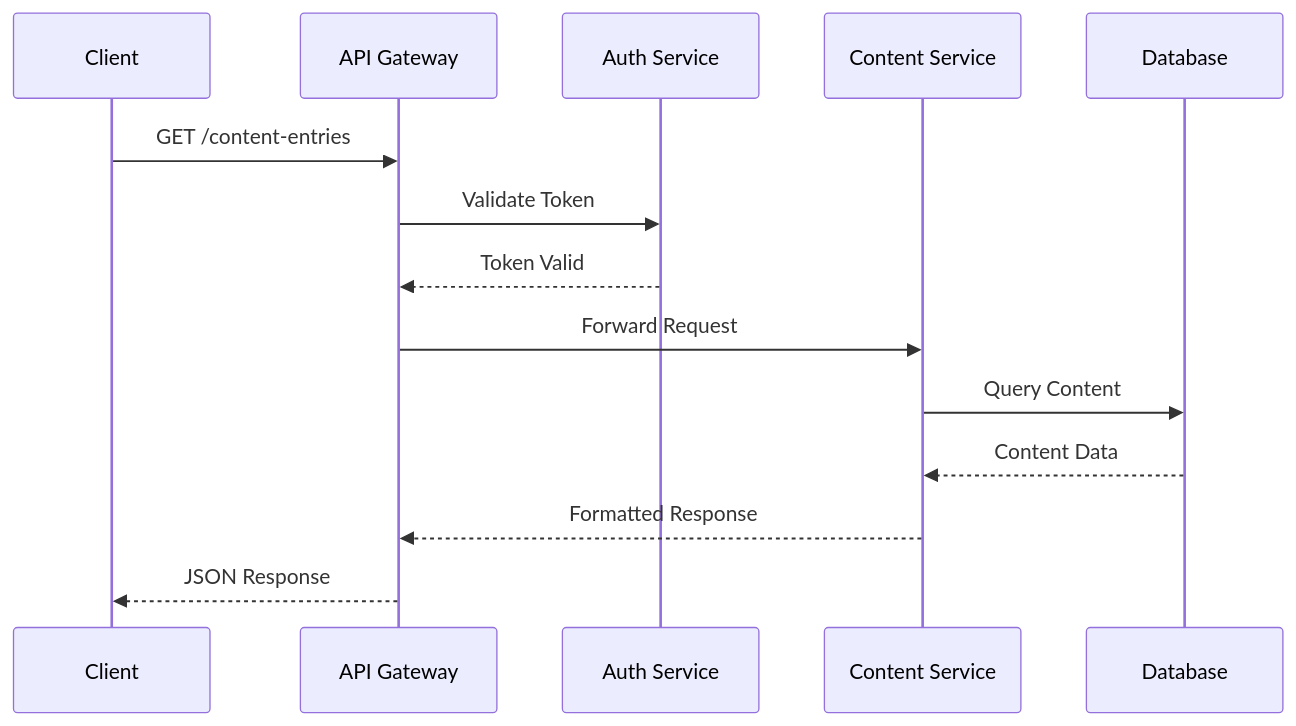
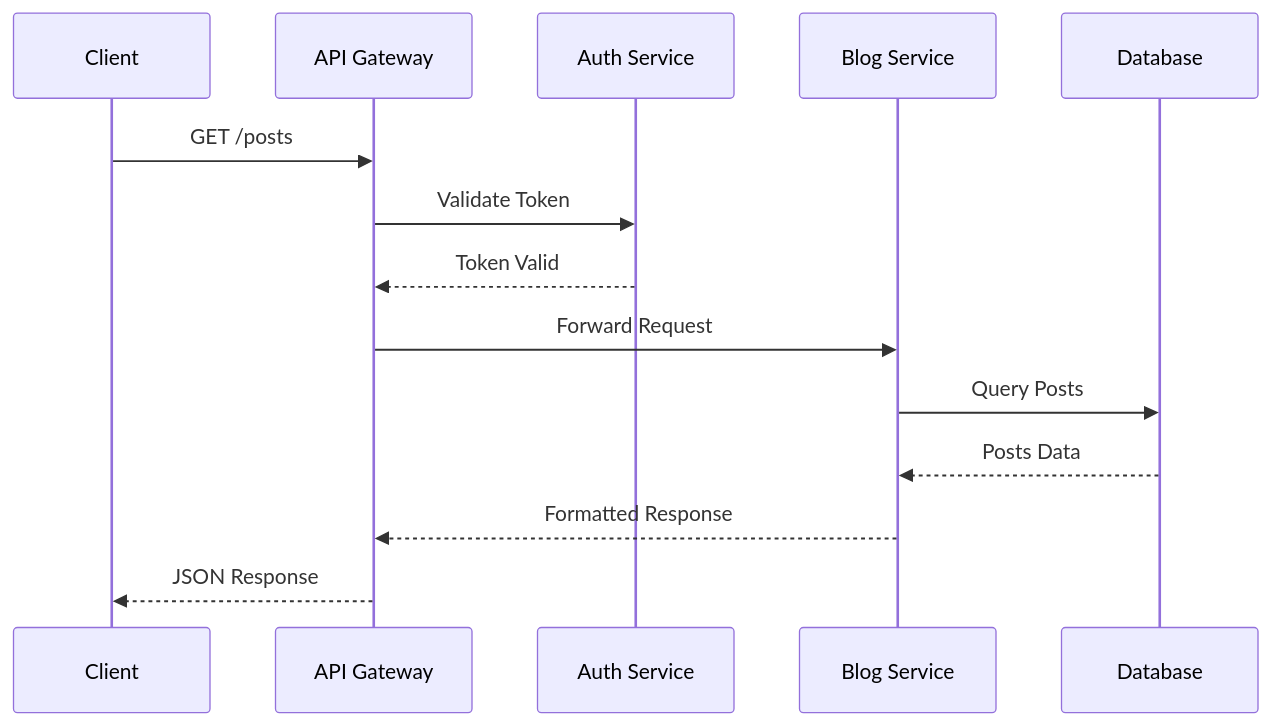
One commit to Dragon745/Content-Management-System changed the eighth of 16 diagrams in SRS.md. Above: the diagram before and after it, drawn with Mermaid. The commit also changed other lines of this file and 1 other file, not shown here.

````diff
--- a/SRS.md
+++ b/SRS.md
@@ -470,17 +437,17 @@
 ```mermaid
 sequenceDiagram
     participant Client
     participant API Gateway
     participant Auth Service
-    participant Content Service
+    participant Blog Service
     participant Database
 
-    Client->>API Gateway: GET /content-entries
+    Client->>API Gateway: GET /posts
     API Gateway->>Auth Service: Validate Token
     Auth Service-->>API Gateway: Token Valid
-    API Gateway->>Content Service: Forward Request
-    Content Service->>Database: Query Content
-    Database-->>Content Service: Content Data
-    Content Service-->>API Gateway: Formatted Response
+    API Gateway->>Blog Service: Forward Request
+    Blog Service->>Database: Query Posts
+    Database-->>Blog Service: Posts Data
+    Blog Service-->>API Gateway: Formatted Response
     API Gateway-->>Client: JSON Response
 ```
````
